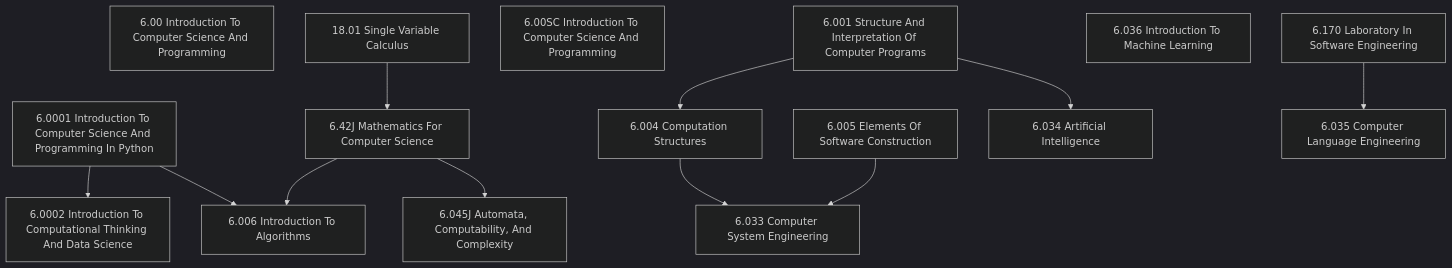
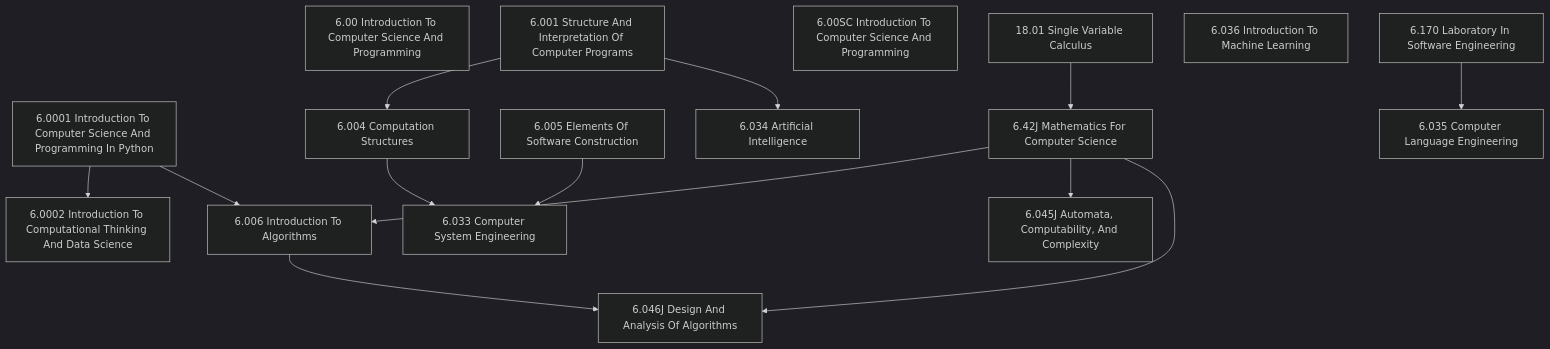
Before and after one commit to zaienaji/mit-ocw: the diagram in readme.md, drawn with Mermaid (dark theme).

````diff
--- a/readme.md
+++ b/readme.md
@@ -3,17 +3,19 @@
 ```mermaid
   graph TD;
     1[6.00 Introduction To Computer Science And Programming]
     2[6.0001 Introduction To Computer Science And Programming In Python] --> 3[6.0002 Introduction To Computational Thinking And Data Science]
     4[6.001 Structure And Interpretation Of Computer Programs]--> 5[6.004 Computation Structures]
     6[6.005 Elements Of Software Construction]
     2 --> 7[6.006 Introduction To Algorithms]
     8[6.42J Mathematics For Computer Science] --> 7
     9[6.00SC Introduction To Computer Science And Programming]
     5 --> 10[6.033 Computer System Engineering]
     6 --> 10
     4 --> 11[6.034 Artificial Intelligence]
     13[6.170 Laboratory In Software Engineering] --> 12[6.035 Computer Language Engineering]
     14[6.036 Introduction To Machine Learning]
     16[18.01 Single Variable Calculus] --> 8
     8 --> 17[6.045J Automata, Computability, And Complexity]
+    8 --> 18[6.046J Design And Analysis Of Algorithms]
+    7 --> 18
 ```
````
